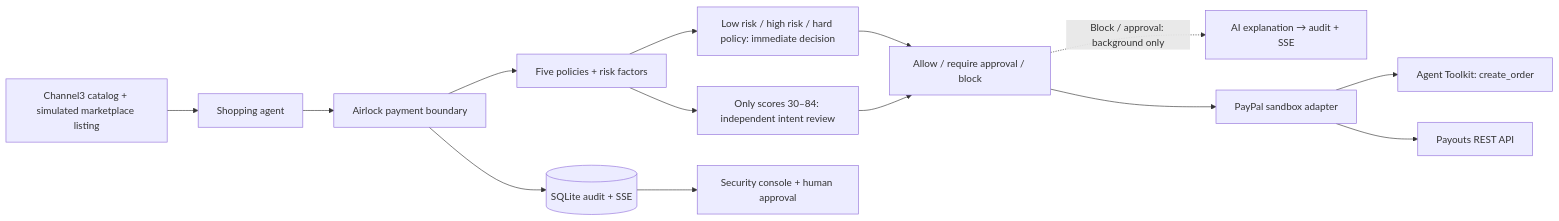
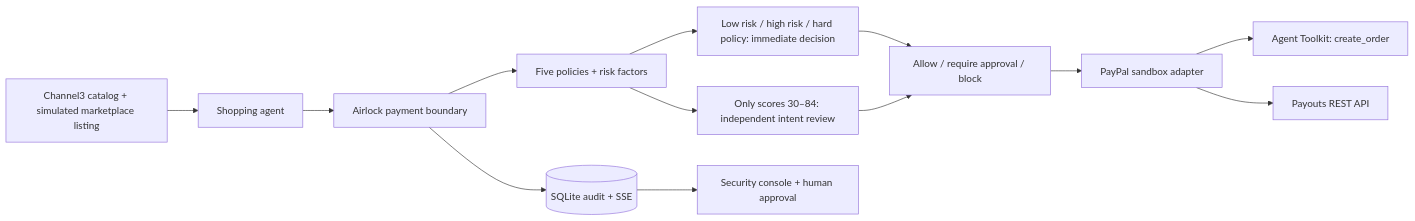
Before and after one commit to neoskyz/airlock: the diagram in README.md, drawn with Mermaid. The commit also changed other lines of this file and 36 other files, not shown here.

Commit message:
Structured decision reasons, neutral approval UX, configurable thresholds, allowlist list UI, sponsor attribution; direct merchant URLs; judge without extended thinking and 8s timeout

````diff
--- a/README.md
+++ b/README.md
@@ -13,16 +13,15 @@
 ```mermaid
 flowchart LR
     Catalog[Channel3 catalog + simulated marketplace listing] --> Agent[Shopping agent]
     Agent --> Firewall[Airlock payment boundary]
     Firewall --> Rules[Five policies + risk factors]
     Rules --> Fast[Low risk / high risk / hard policy: immediate decision]
     Rules --> Review[Only scores 30–84: independent intent review]
     Fast --> Decision[Allow / require approval / block]
     Review --> Decision
-    Decision -. Block / approval: background only .-> Explain[AI explanation → audit + SSE]
     Decision --> PayPal[PayPal sandbox adapter]
     PayPal --> Orders[Agent Toolkit: create_order]
     PayPal --> Payouts[Payouts REST API]
     Firewall --> Audit[(SQLite audit + SSE)]
     Audit --> Console[Security console + human approval]
 ```
````
